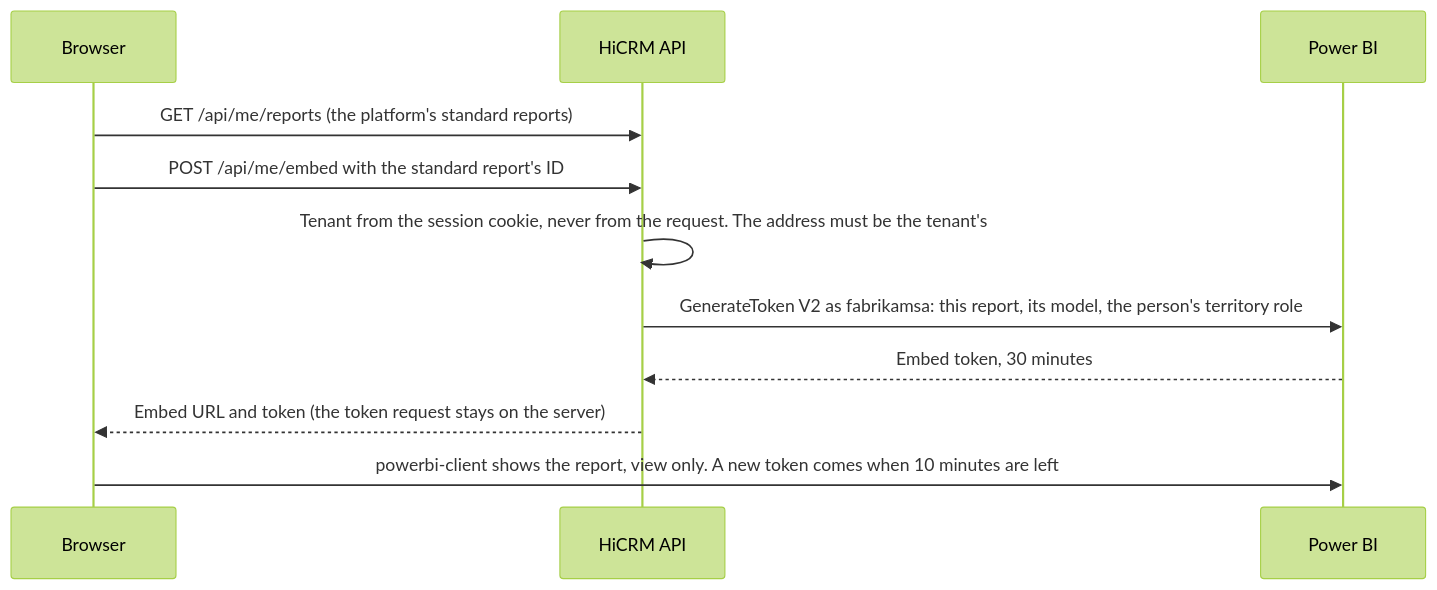
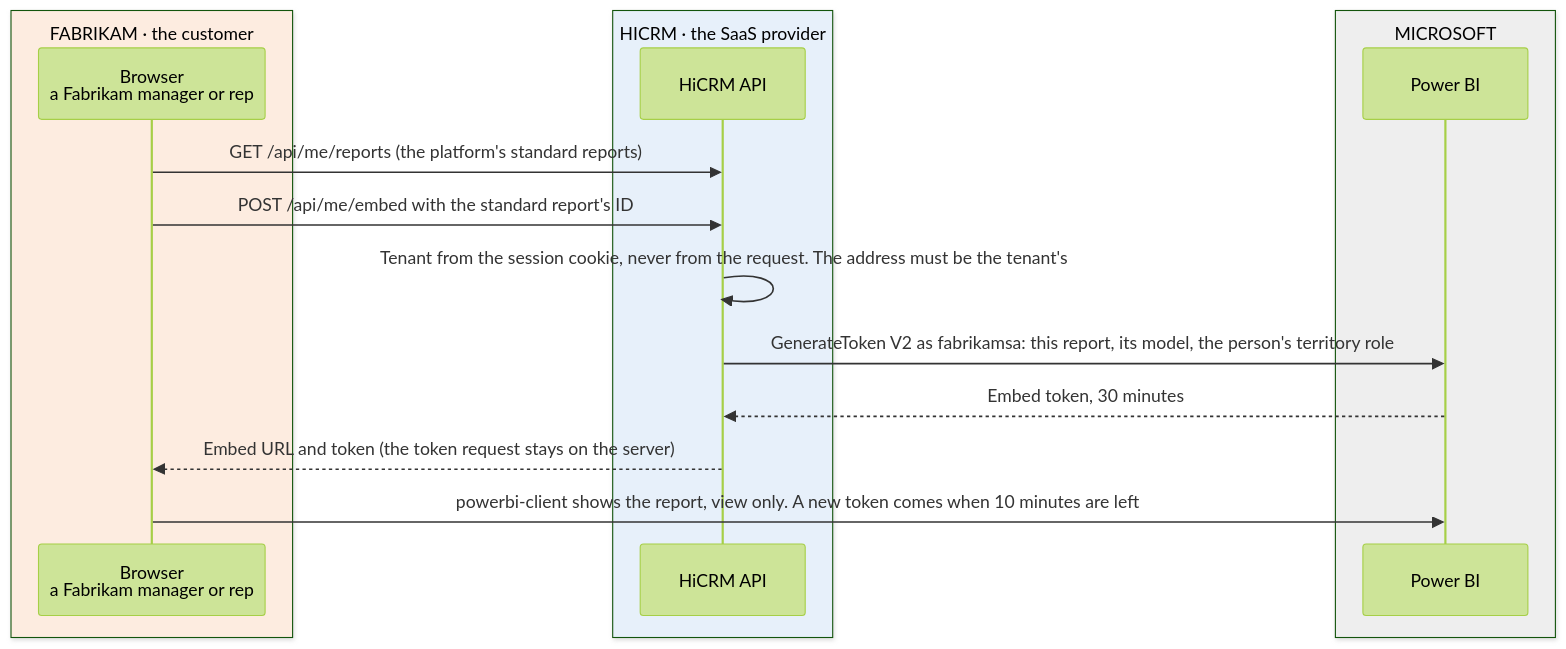
Before and after one commit to apkola29/fabric: the fifth of 7 diagrams in saas-platform/ARCHITECTURE.md, drawn with Mermaid (forest theme). The commit also changed other lines of this file and 9 other files, not shown here.

First line of the commit message:
saas-platform: who owns what, end-to-end flow and the data integration add-on

````diff
--- a/saas-platform/ARCHITECTURE.md
+++ b/saas-platform/ARCHITECTURE.md
@@ -183,14 +338,20 @@
 ```mermaid
 sequenceDiagram
-  participant B as Browser
-  participant A as HiCRM API
-  participant PBI as Power BI
+  box rgb(253,236,224) FABRIKAM · the customer
+    participant B as Browser<br/>a Fabrikam manager or rep
+  end
+  box rgb(231,240,250) HICRM · the SaaS provider
+    participant A as HiCRM API
+  end
+  box rgb(238,238,238) MICROSOFT
+    participant PBI as Power BI
+  end
 
   B->>A: GET /api/me/reports (the platform's standard reports)
   B->>A: POST /api/me/embed with the standard report's ID
   A->>A: Tenant from the session cookie, never from the request. The address must be the tenant's
   A->>PBI: GenerateToken V2 as fabrikamsa: this report, its model, the person's territory role
   PBI-->>A: Embed token, 30 minutes
   A-->>B: Embed URL and token (the token request stays on the server)
   B->>PBI: powerbi-client shows the report, view only. A new token comes when 10 minutes are left
 ```
````
